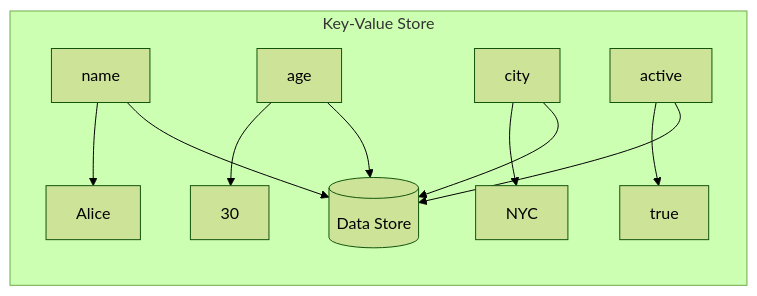
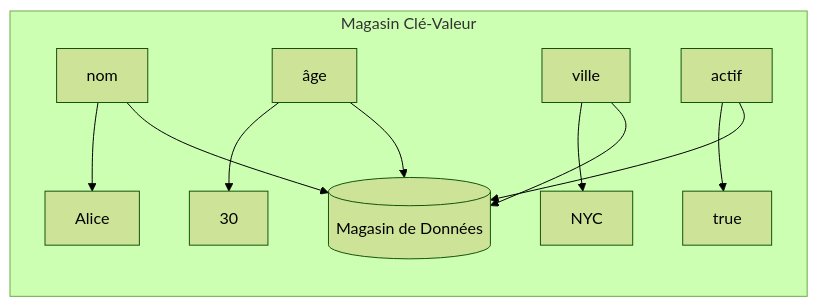
The first of 3 diagrams in src/data-store/03-store-basics.md (dardourimohamed/distributed-systems-course), drawn with Mermaid (forest theme) before and after one commit. The commit also changed other lines of this file and 38 other files, not shown here.

````diff
--- a/src/data-store/03-store-basics.md
+++ b/src/data-store/03-store-basics.md
@@ -17,16 +17,16 @@
 ```mermaid
 graph LR
-    subgraph "Key-Value Store"
-        KV[("Data Store")]
+    subgraph "Magasin Clé-Valeur"
+        KV[("Magasin de Données")]
 
-        K1["name"] --> V1[""Alice""]
-        K2["age"] --> V2["30"]
-        K3["city"] --> V3[""NYC""]
-        K4["active"] --> V4["true"]
+        K1["nom"] --> V1[""Alice""]
+        K2["âge"] --> V2["30"]
+        K3["ville"] --> V3[""NYC""]
+        K4["actif"] --> V4["true"]
 
         K1 --> KV
         K2 --> KV
         K3 --> KV
         K4 --> KV
     end
 ```
````
